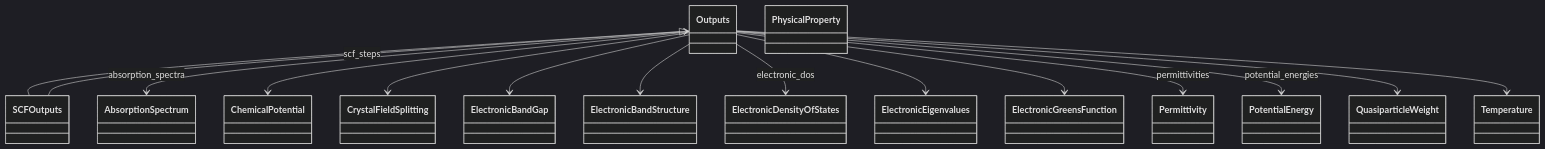
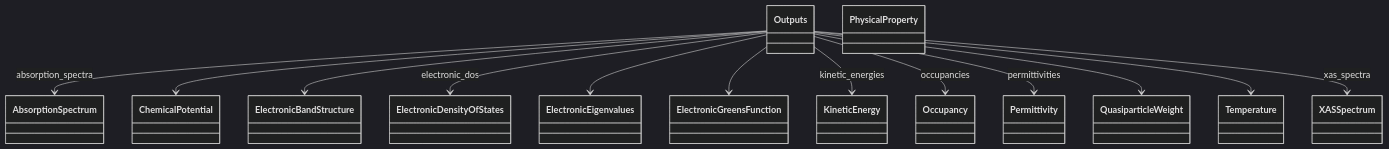
Before and after one commit to FAIRmat-NFDI/nomad-simulations: the first of 2 diagrams in docs/schema/outputs.diagram.md, drawn with Mermaid (dark theme). The commit also changed other lines of this file and 35 other files, not shown here.

Commit message:
add legend to UML diagrams

````diff
--- a/docs/schema/outputs.diagram.md
+++ b/docs/schema/outputs.diagram.md
@@ -15,47 +14,43 @@
 ```mermaid
 classDiagram
     class AbsorptionSpectrum {
     }
     class ChemicalPotential {
-    }
-    class CrystalFieldSplitting {
-    }
-    class ElectronicBandGap {
     }
     class ElectronicBandStructure {
     }
     class ElectronicDensityOfStates {
     }
     class ElectronicEigenvalues {
     }
     class ElectronicGreensFunction {
     }
+    class KineticEnergy {
+    }
+    class Occupancy {
+    }
     class Outputs {
     }
     class Permittivity {
     }
     class PhysicalProperty {
     }
-    class PotentialEnergy {
-    }
     class QuasiparticleWeight {
-    }
-    class SCFOutputs {
     }
     class Temperature {
     }
-    Outputs <|-- SCFOutputs
+    class XASSpectrum {
+    }
     Outputs --> AbsorptionSpectrum : absorption_spectra
     Outputs --> ChemicalPotential
-    Outputs --> CrystalFieldSplitting
-    Outputs --> ElectronicBandGap
     Outputs --> ElectronicBandStructure
     Outputs --> ElectronicDensityOfStates : electronic_dos
     Outputs --> ElectronicEigenvalues
     Outputs --> ElectronicGreensFunction
+    Outputs --> KineticEnergy : kinetic_energies
+    Outputs --> Occupancy : occupancies
     Outputs --> Permittivity : permittivities
-    Outputs --> PotentialEnergy : potential_energies
     Outputs --> QuasiparticleWeight
     Outputs --> Temperature
-    SCFOutputs --> Outputs : scf_steps
+    Outputs --> XASSpectrum : xas_spectra
 ```
````
